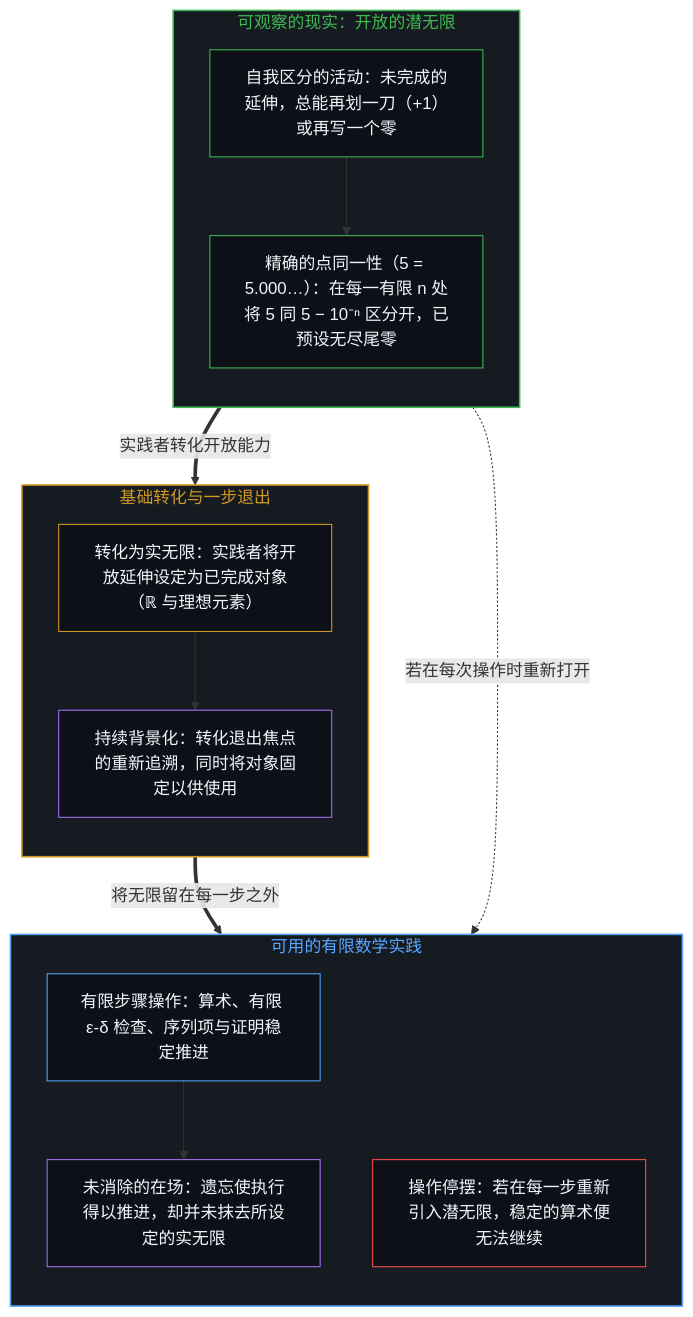
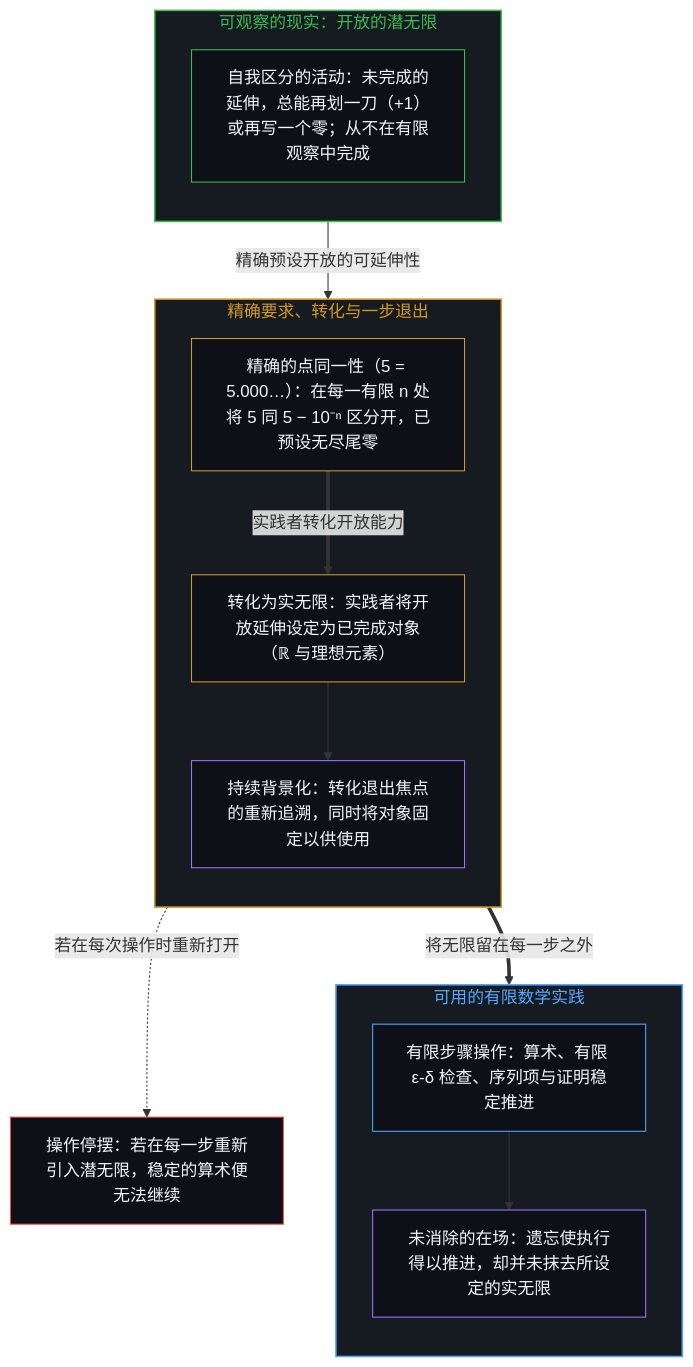
Before and after one commit to powerpig99/not-a-toe: the first of 4 diagrams in content/posts/the-built-in-infinity-of-integers-and-the-backgrounded-choice.md, drawn with Mermaid. The commit also changed other lines of this file and 4 other files, not shown here.

````diff
--- a/content/posts/the-built-in-infinity-of-integers-and-the-backgrounded-choice.md
+++ b/content/posts/the-built-in-infinity-of-integers-and-the-backgrounded-choice.md
@@ -19,35 +19,35 @@
 ```mermaid
 flowchart TD
     subgraph S_Edge["可观察的现实：开放的潜无限"]
         direction TB
-        Act["自我区分的活动：未完成的延伸，总能再划一刀（+1）或再写一个零"]
+        Act["自我区分的活动：未完成的延伸，总能再划一刀（+1）或再写一个零；从不在有限观察中完成"]
+    end
+    subgraph S_Conv["精确要求、转化与一步退出"]
+        direction TB
         Exact["精确的点同一性（5 = 5.000…）：在每一有限 n 处将 5 同 5 − 10⁻ⁿ 区分开，已预设无尽尾零"]
-        Act --> Exact
-    end
-    subgraph S_Conv["基础转化与一步退出"]
-        direction TB
         Ideal["转化为实无限：实践者将开放延伸设定为已完成对象（ℝ 与理想元素）"]
         Bg["持续背景化：转化退出焦点的重新追溯，同时将对象固定以供使用"]
+        Exact ==>|"实践者转化开放能力"| Ideal
         Ideal --> Bg
     end
     subgraph S_Use["可用的有限数学实践"]
         direction TB
         Ops["有限步骤操作：算术、有限 ε-δ 检查、序列项与证明稳定推进"]
         Latent["未消除的在场：遗忘使执行得以推进，却并未抹去所设定的实无限"]
-        Stall["操作停摆：若在每一步重新引入潜无限，稳定的算术便无法继续"]
         Ops --> Latent
     end
-    Exact ==>|"实践者转化开放能力"| Ideal
+    Stall["操作停摆：若在每一步重新引入潜无限，稳定的算术便无法继续"]
+    Act -->|"精确预设开放的可延伸性"| Exact
     Bg ==>|"将无限留在每一步之外"| Ops
     Exact -.->|"若在每次操作时重新打开"| Stall
     style S_Edge fill:#161b22,stroke:#3fb950,stroke-width:1.5px,color:#3fb950
     style S_Conv fill:#161b22,stroke:#d29922,stroke-width:1.5px,color:#d29922
     style S_Use fill:#161b22,stroke:#58a6ff,stroke-width:1.5px,color:#58a6ff
     style Act fill:#0d1117,stroke:#3fb950,stroke-width:1px,color:#f0f6fc
-    style Exact fill:#0d1117,stroke:#3fb950,stroke-width:1px,color:#f0f6fc
+    style Exact fill:#0d1117,stroke:#d29922,stroke-width:1px,color:#f0f6fc
     style Ideal fill:#0d1117,stroke:#d29922,stroke-width:1px,color:#f0f6fc
     style Bg fill:#0d1117,stroke:#a371f7,stroke-width:1px,color:#f0f6fc
     style Ops fill:#0d1117,stroke:#58a6ff,stroke-width:1px,color:#f0f6fc
     style Latent fill:#0d1117,stroke:#a371f7,stroke-width:1px,color:#f0f6fc
     style Stall fill:#0d1117,stroke:#f85149,stroke-width:1px,color:#f0f6fc
 ```
````
